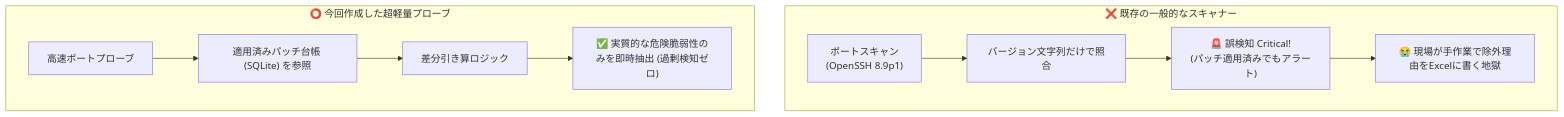
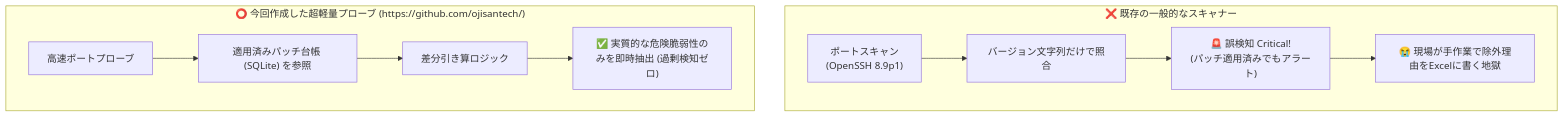
The second of 2 diagrams in QIITA_ARTICLE_DETAIL_1.md (ojisantech/ojisan-arsenal), drawn with Mermaid before and after one commit. The commit also changed other lines of this file, not shown here.

Commit message:
docs: consolidate system diagram into section 2 and add author source URL in diagrams

````diff
--- a/QIITA_ARTICLE_DETAIL_1.md
+++ b/QIITA_ARTICLE_DETAIL_1.md
@@ -61,14 +52,14 @@
 ```mermaid
 flowchart TD
     subgraph Bad ["❌ 既存の一般的なスキャナー"]
         T1["ポートスキャン<br/>(OpenSSH 8.9p1)"] --> T2["バージョン文字列だけで照合"]
         T2 --> T3["🚨 誤検知 Critical!<br/>(パッチ適用済みでもアラート)"]
         T3 --> T4["😭 現場が手作業で除外理由をExcelに書く地獄"]
     end
 
-    subgraph Good ["⭕ 今回作成した超軽量プローブ"]
+    subgraph Good ["⭕ 今回作成した超軽量プローブ (https://github.com/ojisantech/)"]
         G1["高速ポートプローブ"] --> G2["適用済みパッチ台帳 (SQLite) を参照"]
         G2 --> G3["差分引き算ロジック"]
         G3 --> G4["✅ 実質的な危険脆弱性のみを即時抽出 (過剰検知ゼロ)"]
     end
 ```
````
